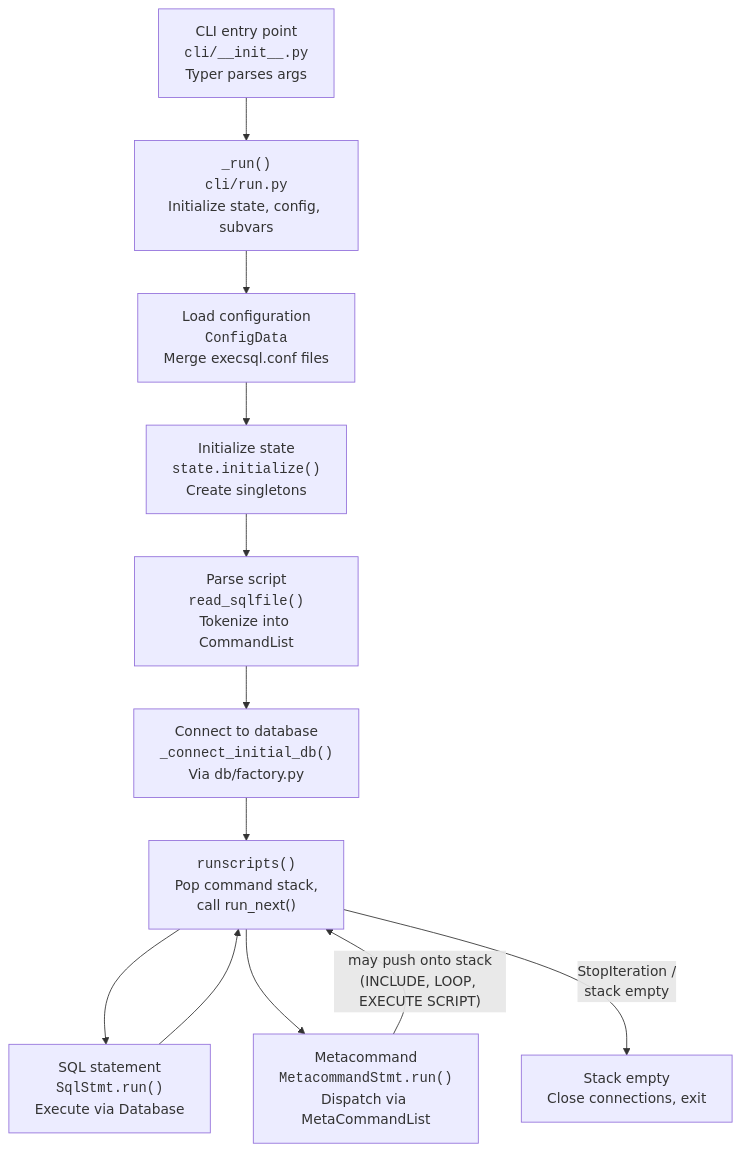
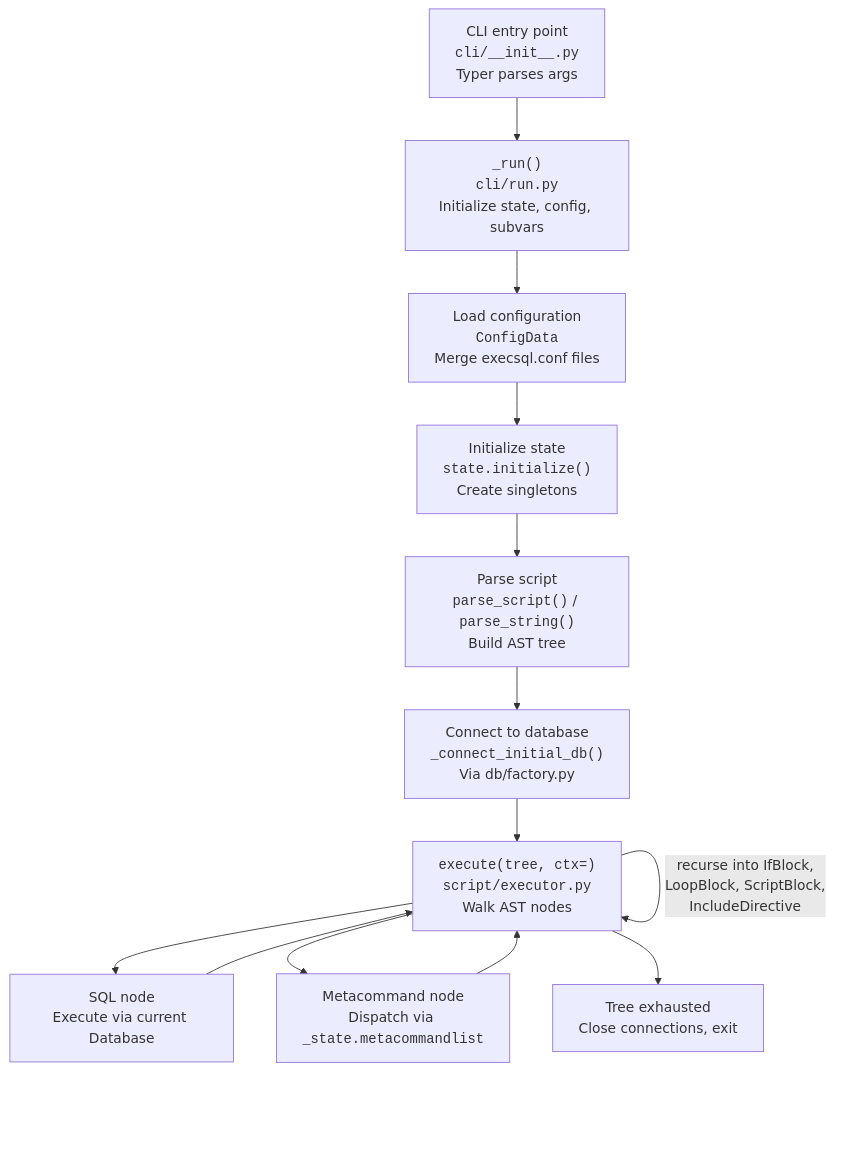
One commit to geocoug/execsql changed the first of 2 diagrams in docs/dev/architecture.md. Above: the diagram before and after it, drawn with Mermaid. The commit also changed other lines of this file, not shown here.

First line of the commit message:
Fix and trim architecture.md: remove fictional internals

````diff
--- a/docs/dev/architecture.md
+++ b/docs/dev/architecture.md
@@ -19,25 +11,26 @@
 ```mermaid
 flowchart TD
     CLI["CLI entry point<br/><code>cli/__init__.py</code><br/>Typer parses args"]
     RUN["<code>_run()</code><br/><code>cli/run.py</code><br/>Initialize state, config, subvars"]
     CONF["Load configuration<br/><code>ConfigData</code><br/>Merge execsql.conf files"]
     INIT["Initialize state<br/><code>state.initialize()</code><br/>Create singletons"]
-    PARSE["Parse script<br/><code>read_sqlfile()</code><br/>Tokenize into CommandList"]
+    PARSE["Parse script<br/><code>parse_script()</code> / <code>parse_string()</code><br/>Build AST tree"]
     CONNECT["Connect to database<br/><code>_connect_initial_db()</code><br/>Via db/factory.py"]
-    LOOP["<code>runscripts()</code><br/>Pop command stack,<br/>call run_next()"]
-    SQL["SQL statement<br/><code>SqlStmt.run()</code><br/>Execute via Database"]
-    META["Metacommand<br/><code>MetacommandStmt.run()</code><br/>Dispatch via MetaCommandList"]
-    DONE["Stack empty<br/>Close connections, exit"]
+    EXEC["<code>execute(tree, ctx=)</code><br/><code>script/executor.py</code><br/>Walk AST nodes"]
+    SQL["SQL node<br/>Execute via current Database"]
+    META["Metacommand node<br/>Dispatch via <code>_state.metacommandlist</code>"]
+    DONE["Tree exhausted<br/>Close connections, exit"]
 
     CLI --> RUN
     RUN --> CONF
     CONF --> INIT
     INIT --> PARSE
     PARSE --> CONNECT
-    CONNECT --> LOOP
-    LOOP --> SQL
-    LOOP --> META
-    META -->|"may push onto stack<br/>(INCLUDE, LOOP, EXECUTE SCRIPT)"| LOOP
-    SQL --> LOOP
-    LOOP -->|"StopIteration /<br/>stack empty"| DONE
+    CONNECT --> EXEC
+    EXEC --> SQL
+    EXEC --> META
+    EXEC -->|"recurse into IfBlock,<br/>LoopBlock, ScriptBlock,<br/>IncludeDirective"| EXEC
+    SQL --> EXEC
+    META --> EXEC
+    EXEC --> DONE
 ```
````
